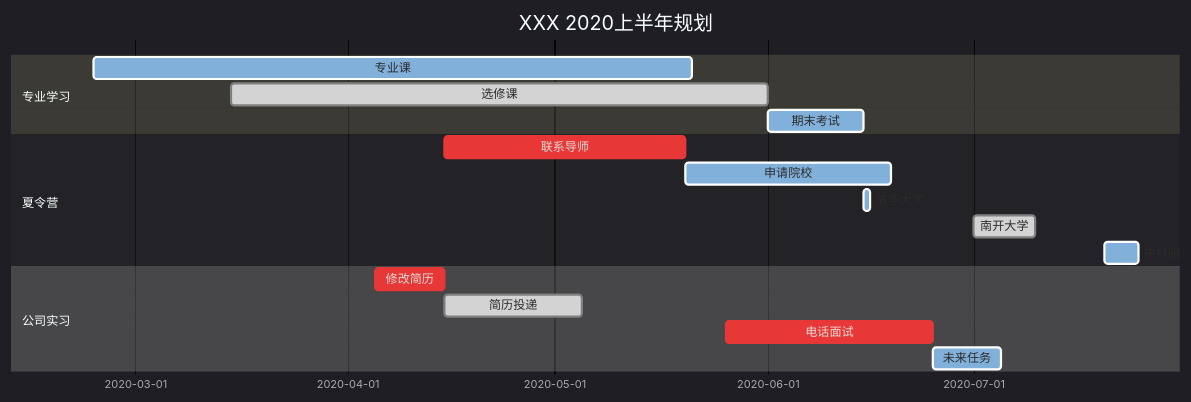
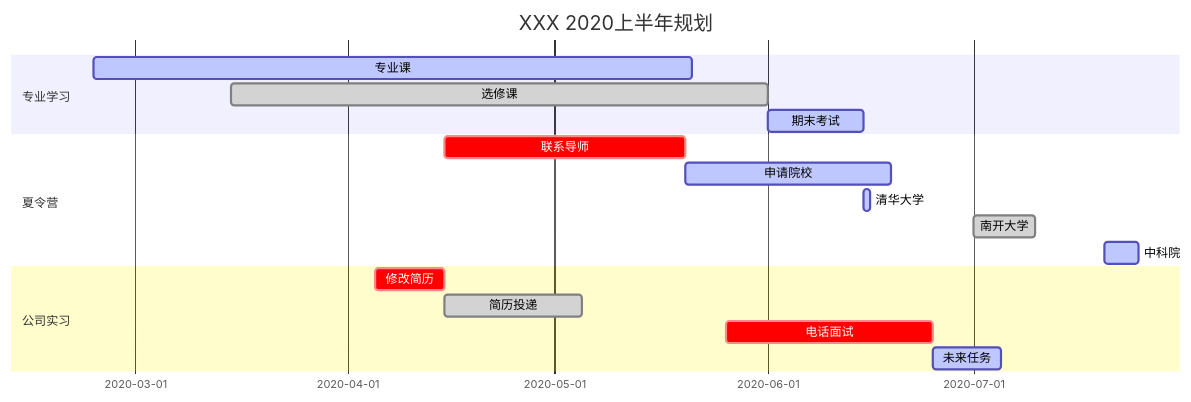
The second of 2 diagrams in README.md (aaron-ai/mermaidtest), drawn with Mermaid before and after one commit.

````diff
--- a/README.md
+++ b/README.md
@@ -12,24 +12,23 @@
 ```mermaid
-%%{init: {'theme': 'dark' } }%%
 gantt
 	dateFormat YYYY-MM-DD
 	title XXX 2020上半年规划
 	
 	section	专业学习
 		专业课	: active, name1, 2020-02-24, 2020-05-21
 		选修课 : done, name2, 2020-03-15, 2020-06-01
 		期末考试 : active, name3, after name2, 14d
 		
 	section 夏令营
 		联系导师 : crit, name11, 2020-04-15, 2020-05-20
 		申请院校 : active, name22, after name11, 30d
 		清华大学 : active, name33, after name3, 1d
 		南开大学 : done, name44, 2020-07-01, 2020-07-10
 		中科院 : active, name55, 2020-07-20, 5d
 		
 	section 公司实习
     	修改简历 : crit, name111, 2020-04-05, 10d
     	简历投递 : done, name222, after name111, 20d
     	电话面试 : crit, name333, 2020-05-26, 30d
     	未来任务 : active, after name333, 10d
 ```
````
